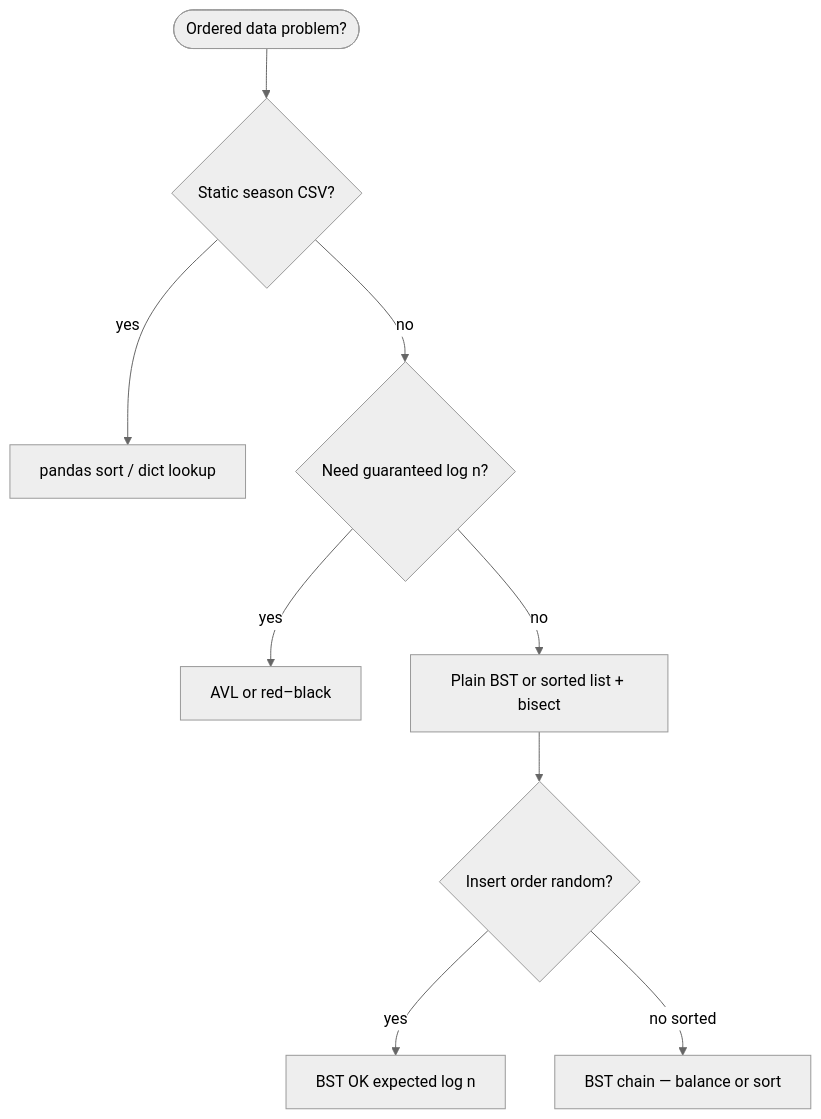
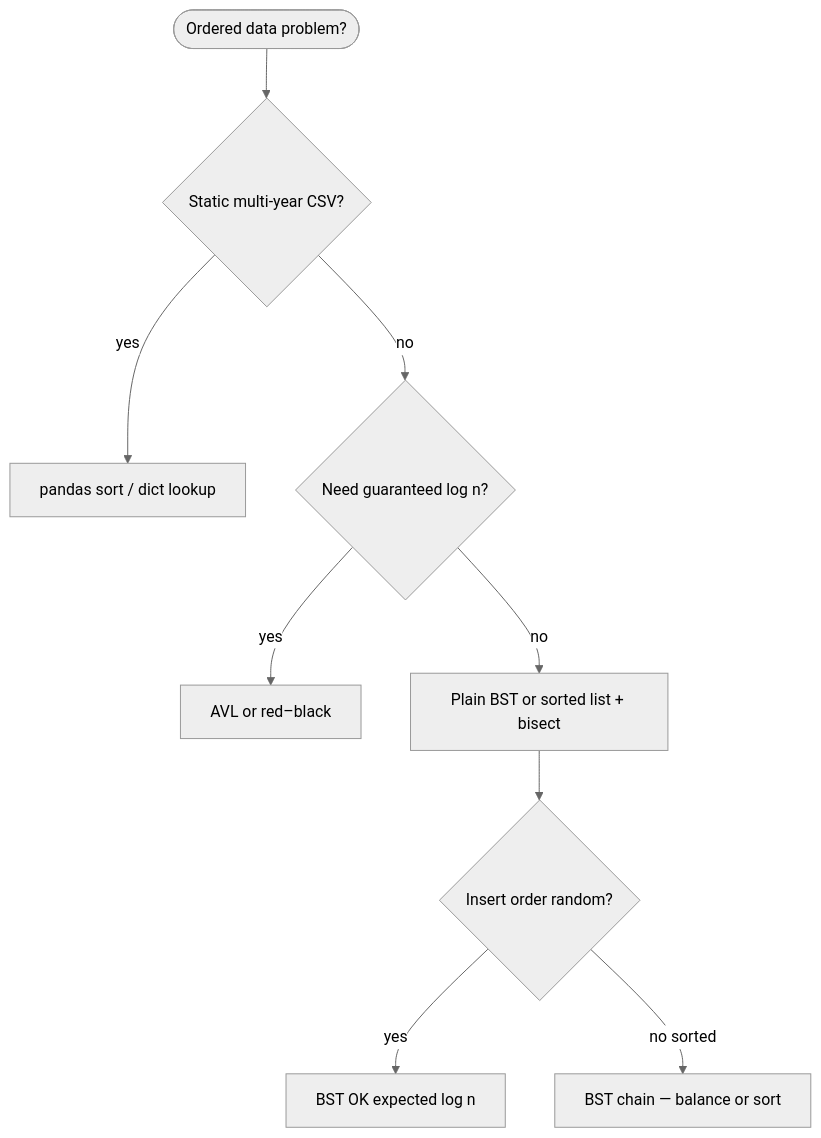
Before and after one commit to qgjones9/python-programming-guide: the seventh of 7 diagrams in docs/dsa/data-structures/binary-search-tree/index.md, drawn with Mermaid (neutral theme). The commit also changed other lines of this file and 29 other files, not shown here.

````diff
--- a/docs/dsa/data-structures/binary-search-tree/index.md
+++ b/docs/dsa/data-structures/binary-search-tree/index.md
@@ -709,12 +687,12 @@
 ```mermaid
 flowchart TD
   Q([Ordered data problem?])
-  Q --> S{Static season CSV?}
+  Q --> S{Static multi-year CSV?}
   S -->|yes| P["pandas sort / dict lookup"]
   S -->|no| I{Need guaranteed log n?}
   I -->|yes| B["AVL or red–black"]
   I -->|no| T["Plain BST or sorted list + bisect"]
   T --> R{Insert order random?}
   R -->|yes| BST["BST OK expected log n"]
   R -->|no sorted| BAD["BST chain — balance or sort"]
 ```
````
